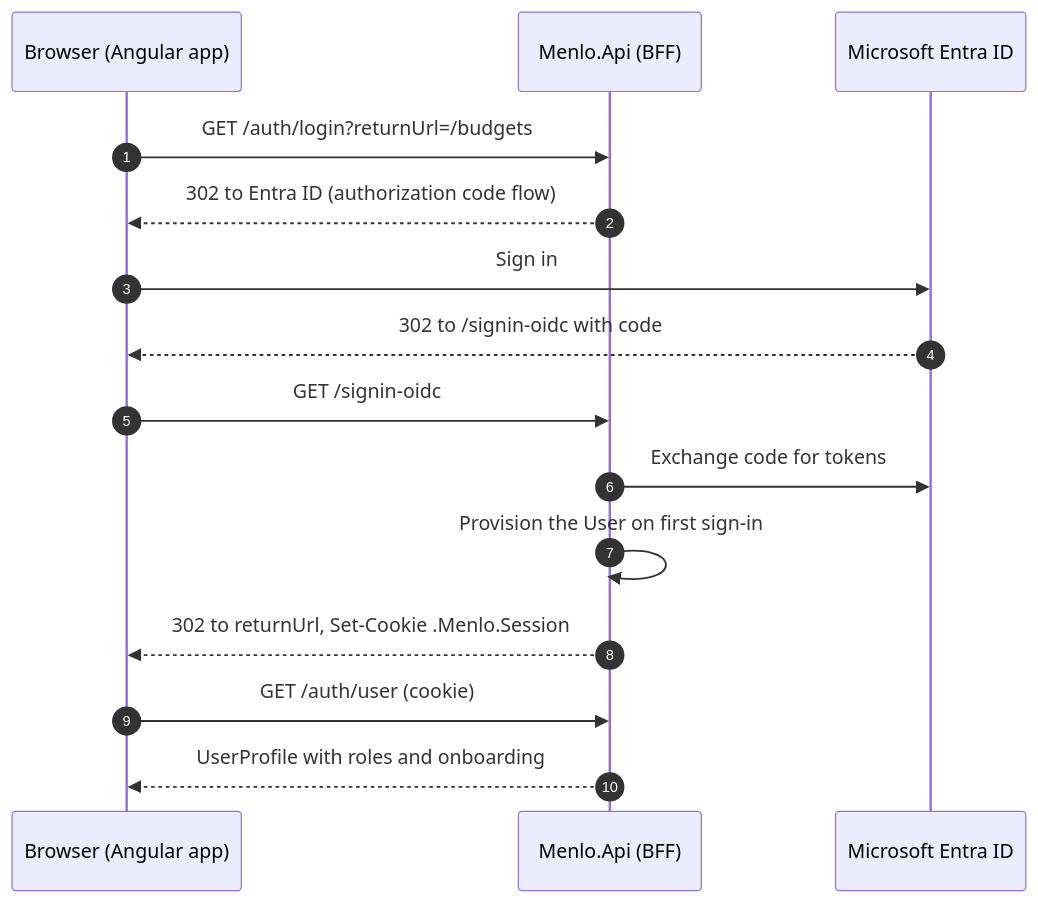
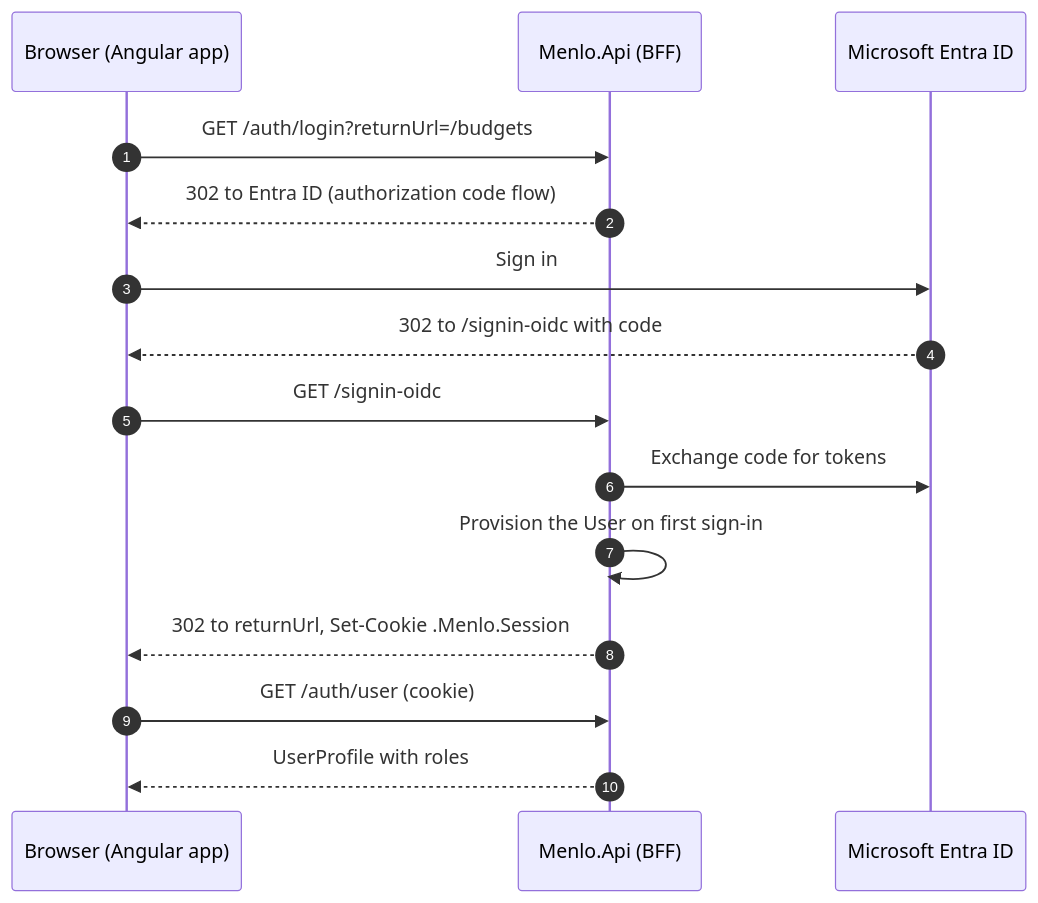
Before and after one commit to DigiBanks99/menlo: the first of 2 diagrams in docs/reference/authentication-api.md, drawn with Mermaid. The commit also changed other lines of this file and 11 other files, not shown here.

````diff
--- a/docs/reference/authentication-api.md
+++ b/docs/reference/authentication-api.md
@@ -9,18 +9,18 @@
 ```mermaid
 sequenceDiagram
     autonumber
     participant Browser as Browser (Angular app)
     participant Api as Menlo.Api (BFF)
     participant Entra as Microsoft Entra ID
 
     Browser->>Api: GET /auth/login?returnUrl=/budgets
     Api-->>Browser: 302 to Entra ID (authorization code flow)
     Browser->>Entra: Sign in
     Entra-->>Browser: 302 to /signin-oidc with code
     Browser->>Api: GET /signin-oidc
     Api->>Entra: Exchange code for tokens
     Api->>Api: Provision the User on first sign-in
     Api-->>Browser: 302 to returnUrl, Set-Cookie .Menlo.Session
     Browser->>Api: GET /auth/user (cookie)
-    Api-->>Browser: UserProfile with roles and onboarding
+    Api-->>Browser: UserProfile with roles
 ```
````
